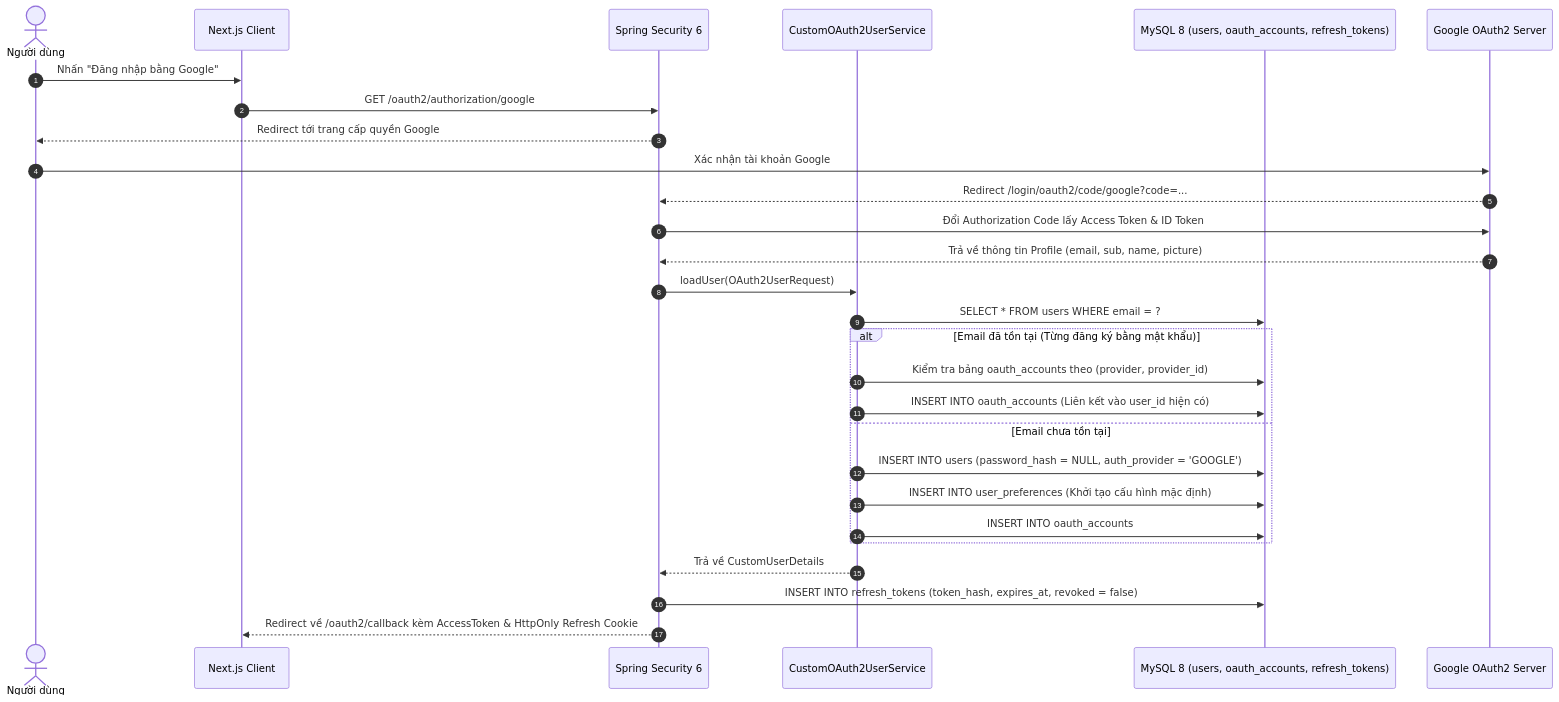
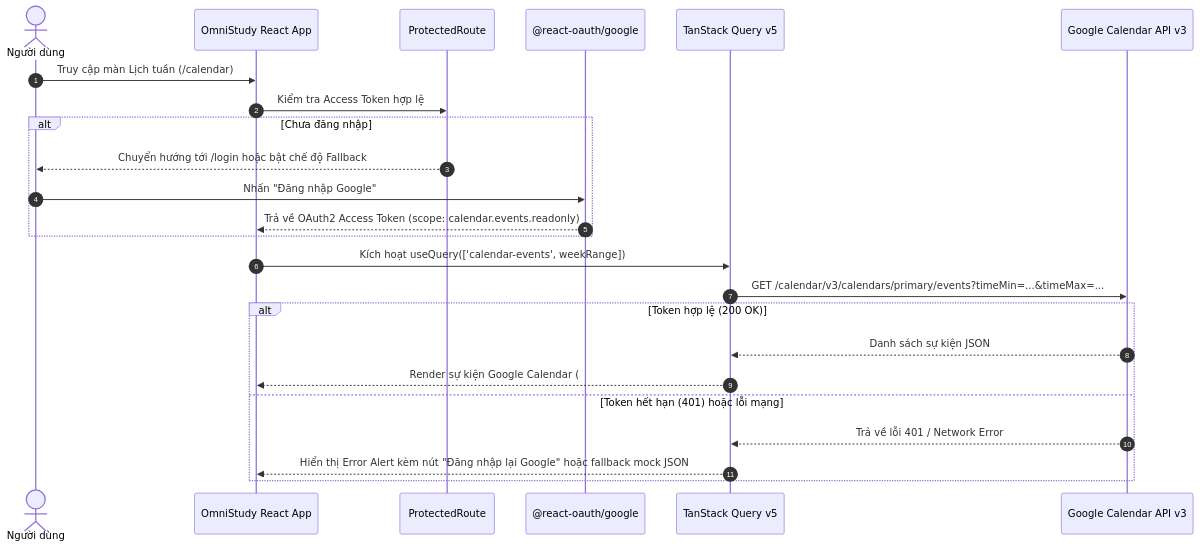
One commit to NgQKhanh2906/ProPTIT-TeamWeb-FE-OmniStudy changed the second of 2 diagrams in docs/architecture.md. Above: the diagram before and after it, drawn with Mermaid. The commit also changed other lines of this file and 103 other files, not shown here.

````diff
--- a/docs/architecture.md
+++ b/docs/architecture.md
@@ -71,31 +45,27 @@
 ```mermaid
 sequenceDiagram
     autonumber
     actor User as Người dùng
-    participant FE as Next.js Client
-    participant Sec as Spring Security 6
-    participant OAuthSvc as CustomOAuth2UserService
-    participant DB as MySQL 8 (users, oauth_accounts, refresh_tokens)
-    participant Google as Google OAuth2 Server
+    participant App as OmniStudy React App
+    participant Route as ProtectedRoute
+    participant OAuth as @react-oauth/google
+    participant TQ as TanStack Query v5
+    participant GCal as Google Calendar API v3
 
-    User->>FE: Nhấn "Đăng nhập bằng Google"
-    FE->>Sec: GET /oauth2/authorization/google
-    Sec-->>User: Redirect tới trang cấp quyền Google
-    User->>Google: Xác nhận tài khoản Google
-    Google-->>Sec: Redirect /login/oauth2/code/google?code=...
-    Sec->>Google: Đổi Authorization Code lấy Access Token & ID Token
-    Google-->>Sec: Trả về thông tin Profile (email, sub, name, picture)
-    Sec->>OAuthSvc: loadUser(OAuth2UserRequest)
-    OAuthSvc->>DB: SELECT * FROM users WHERE email = ?
-    alt Email đã tồn tại (Từng đăng ký bằng mật khẩu)
-        OAuthSvc->>DB: Kiểm tra bảng oauth_accounts theo (provider, provider_id)
-        OAuthSvc->>DB: INSERT INTO oauth_accounts (Liên kết vào user_id hiện có)
-    else Email chưa tồn tại
-        OAuthSvc->>DB: INSERT INTO users (password_hash = NULL, auth_provider = 'GOOGLE')
-        OAuthSvc->>DB: INSERT INTO user_preferences (Khởi tạo cấu hình mặc định)
-        OAuthSvc->>DB: INSERT INTO oauth_accounts
+    User->>App: Truy cập màn Lịch tuần (/calendar)
+    App->>Route: Kiểm tra Access Token hợp lệ
+    alt Chưa đăng nhập
+        Route-->>User: Chuyển hướng tới /login hoặc bật chế độ Fallback
+        User->>OAuth: Nhấn "Đăng nhập Google"
+        OAuth-->>App: Trả về OAuth2 Access Token (scope: calendar.events.readonly)
     end
-    OAuthSvc-->>Sec: Trả về CustomUserDetails
-    Sec->>DB: INSERT INTO refresh_tokens (token_hash, expires_at, revoked = false)
-    Sec-->>FE: Redirect về /oauth2/callback kèm AccessToken & HttpOnly Refresh Cookie
+    App->>TQ: Kích hoạt useQuery(['calendar-events', weekRange])
+    TQ->>GCal: GET /calendar/v3/calendars/primary/events?timeMin=...&timeMax=...
+    alt Token hợp lệ (200 OK)
+        GCal-->>TQ: Danh sách sự kiện JSON
+        TQ-->>App: Render sự kiện Google Calendar (#3B82F6) lên Weekly Grid
+    else Token hết hạn (401) hoặc lỗi mạng
+        GCal-->>TQ: Trả về lỗi 401 / Network Error
+        TQ-->>App: Hiển thị Error Alert kèm nút "Đăng nhập lại Google" hoặc fallback mock JSON
+    end
 ```
````
